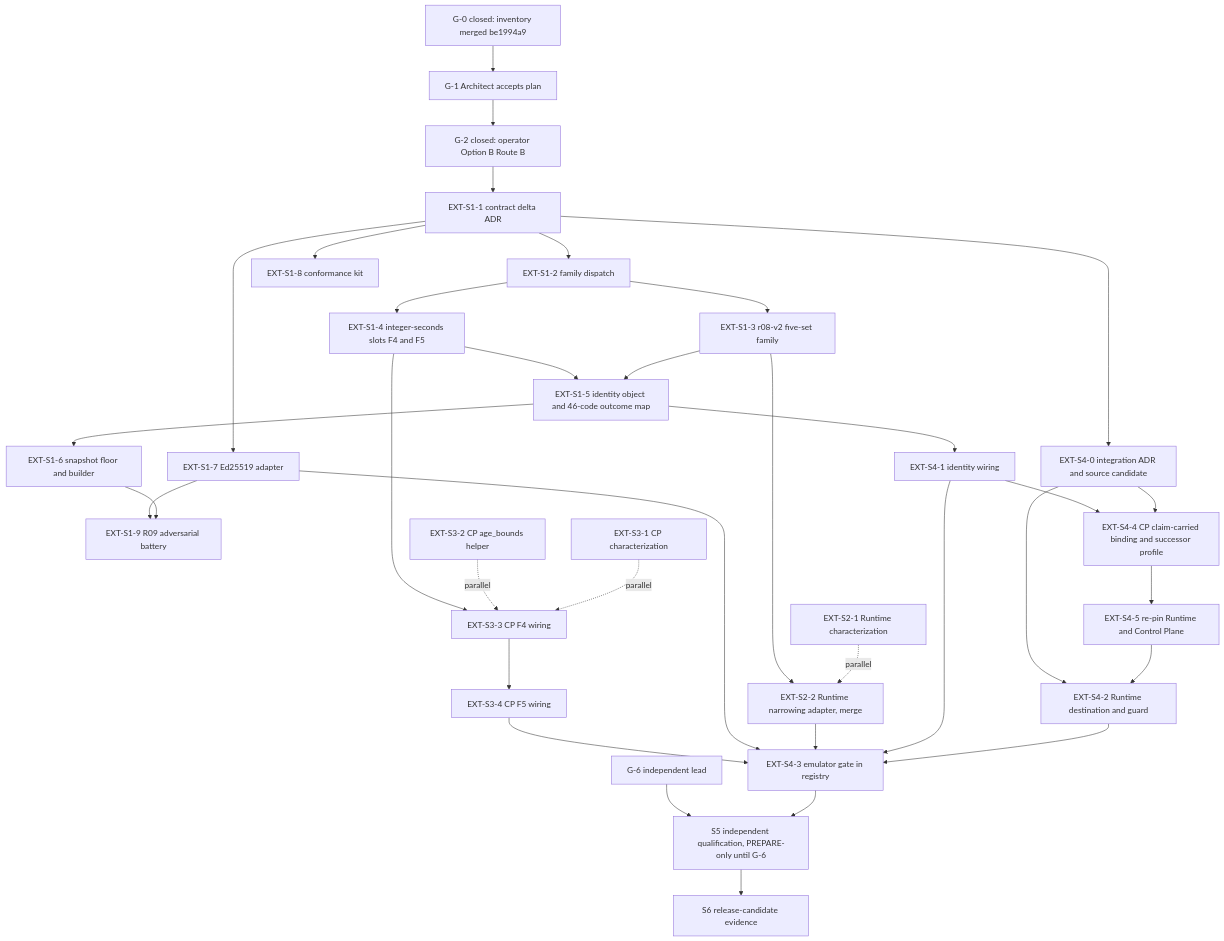
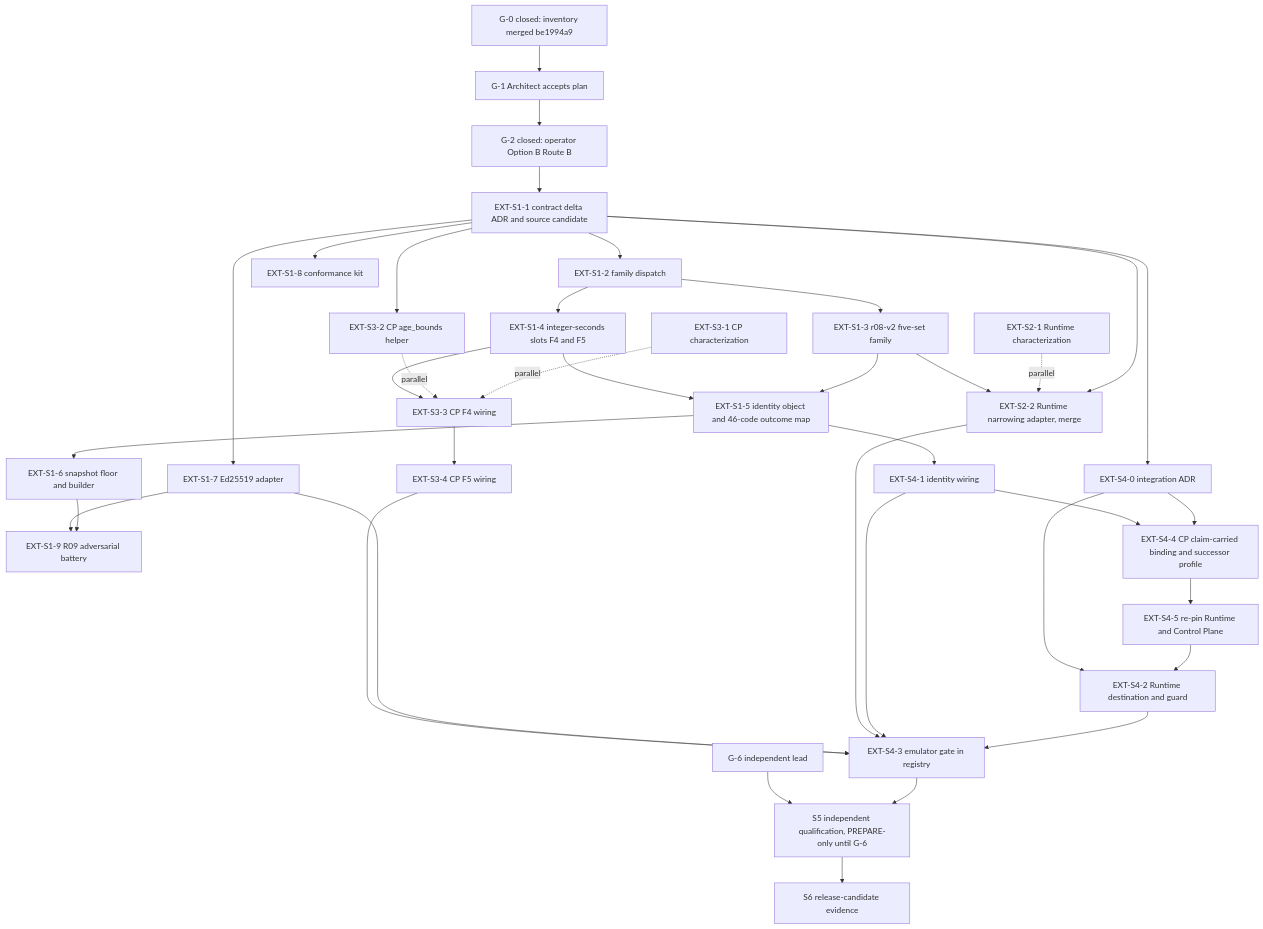
Before and after one commit to cogno-us/cognous-ocs-registry: the diagram in docs/p1-extraction-plan/05-contract-and-integration-dependency-graph.md, drawn with Mermaid. The commit also changed other lines of this file and 6 other files, not shown here.

````diff
--- a/docs/p1-extraction-plan/05-contract-and-integration-dependency-graph.md
+++ b/docs/p1-extraction-plan/05-contract-and-integration-dependency-graph.md
@@ -7,37 +7,39 @@
 ```mermaid
 flowchart TD
   G0[G-0 closed: inventory merged be1994a9] --> G1[G-1 Architect accepts plan]
   G1 --> G2[G-2 closed: operator Option B Route B]
-  G2 --> S11[EXT-S1-1 contract delta ADR]
+  G2 --> S11[EXT-S1-1 contract delta ADR and source candidate]
   S11 --> S12[EXT-S1-2 family dispatch]
+  S11 --> S2b
+  S11 --> S3b
   S12 --> S13[EXT-S1-3 r08-v2 five-set family]
   S12 --> S14[EXT-S1-4 integer-seconds slots F4 and F5]
   S13 --> S15[EXT-S1-5 identity object and 46-code outcome map]
   S14 --> S15
   S15 --> S16[EXT-S1-6 snapshot floor and builder]
   S11 --> S17[EXT-S1-7 Ed25519 adapter]
   S11 --> S18[EXT-S1-8 conformance kit]
   S16 --> S19[EXT-S1-9 R09 adversarial battery]
   S17 --> S19
   S2a[EXT-S2-1 Runtime characterization] -.parallel.-> S2b
   S13 --> S2b[EXT-S2-2 Runtime narrowing adapter, merge]
   S3a[EXT-S3-1 CP characterization] -.parallel.-> S3c
   S3b[EXT-S3-2 CP age_bounds helper] -.parallel.-> S3c
   S14 --> S3c[EXT-S3-3 CP F4 wiring]
   S3c --> S3d[EXT-S3-4 CP F5 wiring]
-  S11 --> S40[EXT-S4-0 integration ADR and source candidate]
+  S11 --> S40[EXT-S4-0 integration ADR]
   S15 --> S41[EXT-S4-1 identity wiring]
   S40 --> S44[EXT-S4-4 CP claim-carried binding and successor profile]
   S41 --> S44
   S44 --> S45[EXT-S4-5 re-pin Runtime and Control Plane]
   S45 --> S42[EXT-S4-2 Runtime destination and guard]
   S40 --> S42
   S42 --> S43[EXT-S4-3 emulator gate in registry]
   S41 --> S43
   S2b --> S43
   S17 --> S43
   S3d --> S43
   S43 --> S5[S5 independent qualification, PREPARE-only until G-6]
   G6[G-6 independent lead] --> S5
   S5 --> S6[S6 release-candidate evidence]
 ```
````
